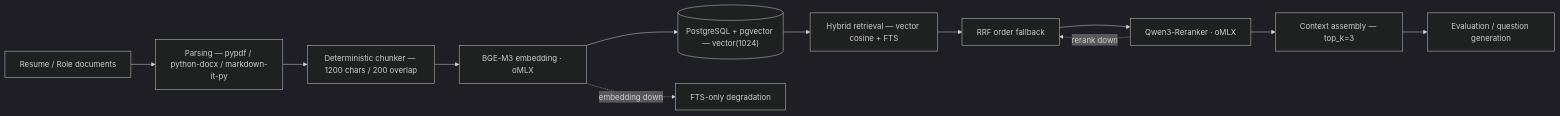
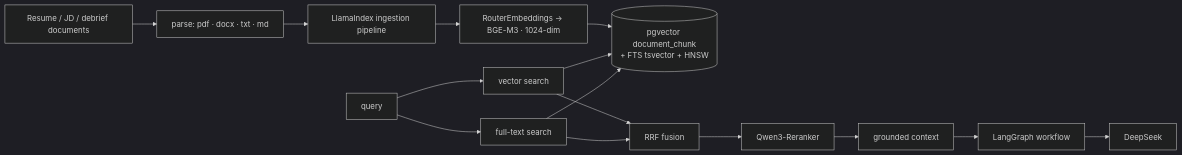
One commit to areddy1805/pramya changed the fourth of 5 diagrams in README.md. Above: the diagram before and after it, drawn with Mermaid (dark theme). The commit also changed other lines of this file and 8 other files, not shown here.

Commit message:
finalize docs: truthful README (final framework architecture), evaluation/privacy/contributing docs, reconcile DECISIONS/plan/voice/observability/deployment (Phase N)

````diff
--- a/README.md
+++ b/README.md
@@ -358,14 +266,15 @@
 ```mermaid
 flowchart LR
-    DOC["Resume / Role documents"] --> PARSE["Parsing — pypdf / python-docx / markdown-it-py"]
-    PARSE --> CHUNK["Deterministic chunker — 1200 chars / 200 overlap"]
-    CHUNK --> EMBED["BGE-M3 embedding · oMLX"]
-    EMBED --> PG[("PostgreSQL + pgvector — vector(1024)")]
-    PG --> RETR["Hybrid retrieval — vector cosine + FTS"]
-    RETR --> RRF["RRF fusion — k=60"]
-    RRF --> RERANK["Qwen3-Reranker · oMLX"]
-    RERANK --> CTX["Context assembly — top_k=3"]
-    CTX --> EVAL["Evaluation / question generation"]
-    EMBED -.embedding down.-> FTS["FTS-only degradation"]
-    RERANK -.rerank down.-> RRF["RRF order fallback"]
+    DOC[Resume / JD / debrief documents] --> PARSE[parse: pdf · docx · txt · md]
+    PARSE --> LI[LlamaIndex ingestion pipeline]
+    LI --> EMB[RouterEmbeddings → BGE-M3 · 1024-dim]
+    EMB --> PG[(pgvector document_chunk<br/>+ FTS tsvector + HNSW)]
+    Q[query] --> VEC[vector search] --> PG
+    Q --> FTS[full-text search] --> PG
+    VEC --> RRF[RRF fusion]
+    FTS --> RRF
+    RRF --> RERANK[Qwen3-Reranker]
+    RERANK --> CTX[grounded context]
+    CTX --> WG[LangGraph workflow]
+    WG --> DS[DeepSeek]
 ```
````
